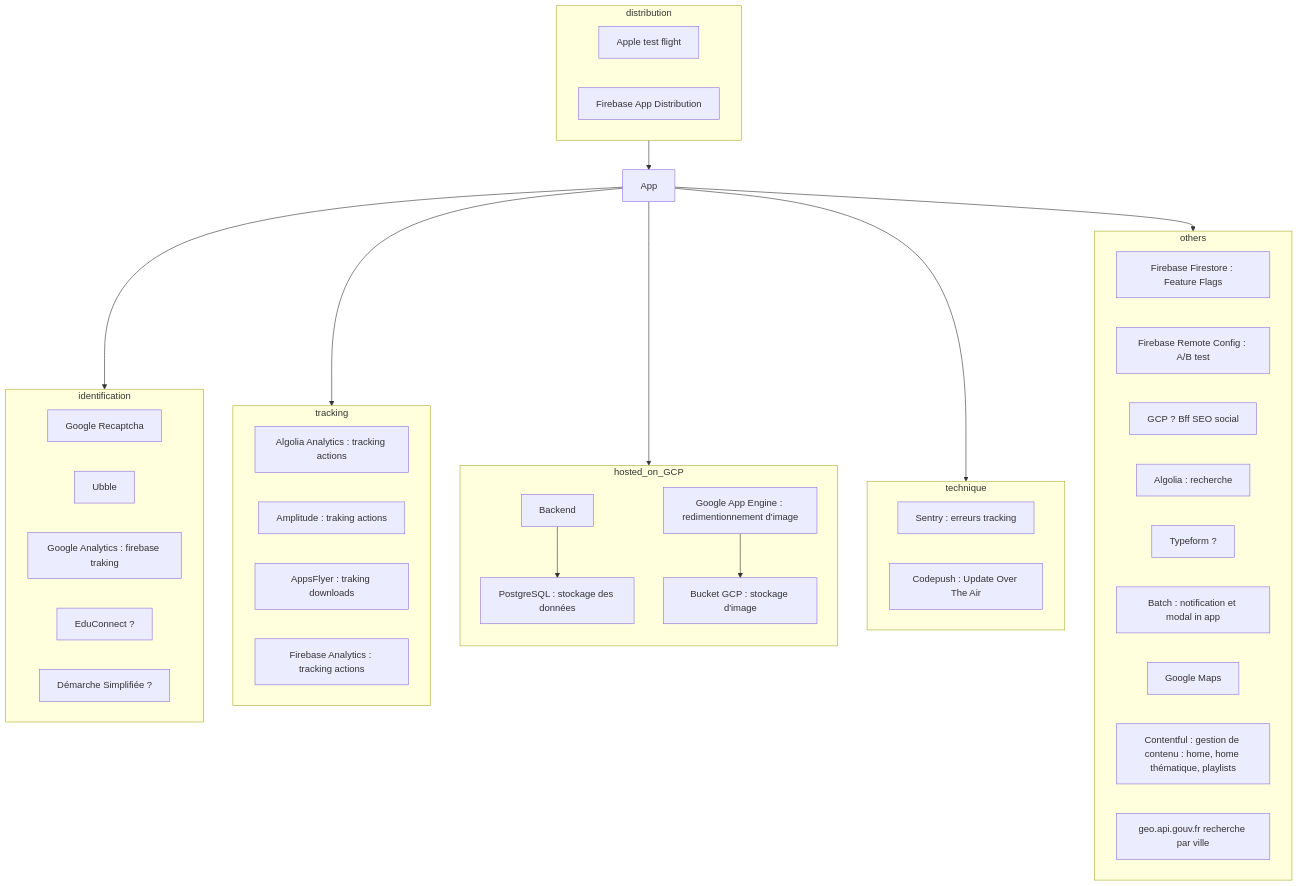
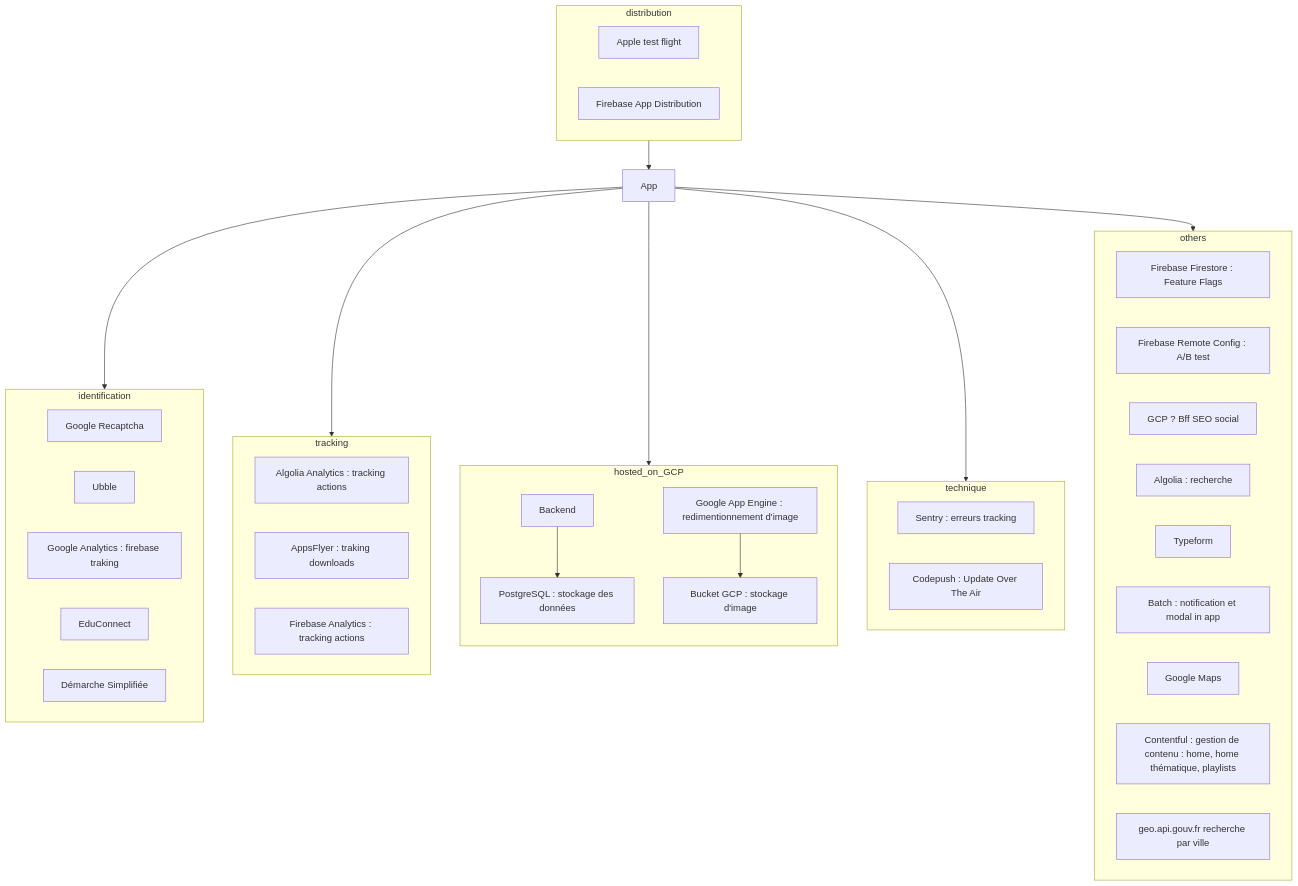
One commit to pass-culture/pass-culture-app-native changed the first of 2 diagrams in doc/architecture/input-output-externe.md. Above: the diagram before and after it, drawn with Mermaid. The commit also changed other lines of this file, not shown here.

````diff
--- a/doc/architecture/input-output-externe.md
+++ b/doc/architecture/input-output-externe.md
@@ -3,45 +3,44 @@
 ```mermaid
 flowchart TB
   App["App"]
   subgraph identification
     Google_Recaptcha["Google Recaptcha"]
     Ubble["Ubble"]
     Google["Google SSO"]
-    Educonnect["EduConnect ?"]
-    DMS["Démarche Simplifiée ?"]
+    Educonnect["EduConnect"]
+    DMS["Démarche Simplifiée"]
   end
   subgraph tracking
     Algolia_Analytics["Algolia Analytics : tracking actions"]
-    Amplitude["Amplitude : traking actions"]
     AppsFlyer["AppsFlyer : traking downloads"]
     Firebase_Analytics["Firebase Analytics : tracking actions"]
   end
   subgraph hosted_on_GCP
     direction TB
 
     Backend["Backend"] --> Postgresql["PostgreSQL : stockage des données"]
     image_resize["Google App Engine : redimentionnement d'image"] --> bucket_image["Bucket GCP : stockage d'image"]
   end
   subgraph technique
     Sentry["Sentry : erreurs tracking"]
     Codepush["Codepush : Update Over The Air"]
   end
   subgraph distribution
     Apple["Apple test flight"]
     Firebase_App_Distribution["Firebase App Distribution"]
   end
   subgraph others
     Firebase_Firestore["Firebase Firestore : Feature Flags"]
     Firebase_Remote_Config["Firebase Remote Config : A/B test"]
     Google["Google Analytics : firebase traking"]
     GCP["GCP ? Bff SEO social"]
     Algolia["Algolia : recherche"]
-    Typeform["Typeform ?"]
+    Typeform["Typeform"]
     Batch["Batch : notification et modal in app"]
     Google_Maps["Google Maps"]
     Contentful["Contentful : gestion de contenu : home, home thématique, playlists"]
     geo_api_gouv["geo.api.gouv.fr recherche par ville"]
   end
   distribution --> App
   App --> identification & tracking & hosted_on_GCP & technique & others
 ```
````
